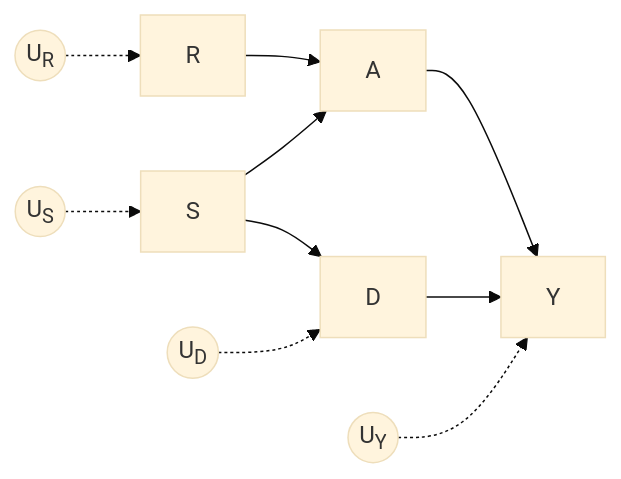
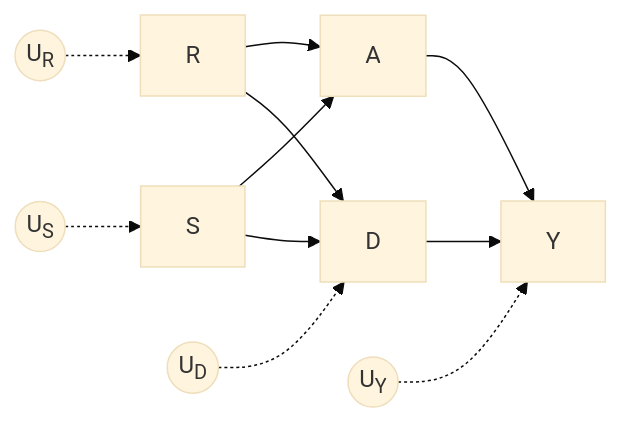
The third of 3 diagrams in notebooks/design-notes.qmd (maj-biostat/roadmap-sim), drawn with Mermaid before and after one commit. The commit also changed other lines of this file, not shown here.

````diff
--- a/notebooks/design-notes.qmd
+++ b/notebooks/design-notes.qmd
@@ -460,18 +460,19 @@
 ```{mermaid}
 %%| label: fig-scenario-3
 %%| fig-cap: Scenario 3, the $U$ denote independent exogenous variables, 
 %%{
   init:{
     "flowchart":{"htmlLabels": "true"},
     "securityLevel": "loose",
     "theme": "base"
 }}%%
 flowchart LR
   R --> A --> Y
   S --> A & D
+  R --> D
   D --> Y
   UD((U<sub>D)) -.-> D
   US((U<sub>S)) -.-> S
   UR((U<sub>R)) -.-> R
   UY((U<sub>Y)) -.-> Y
 ```
````
